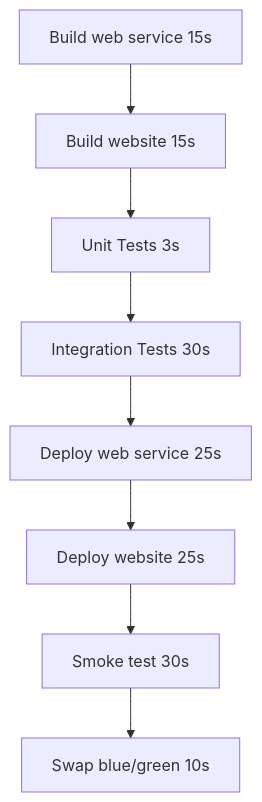
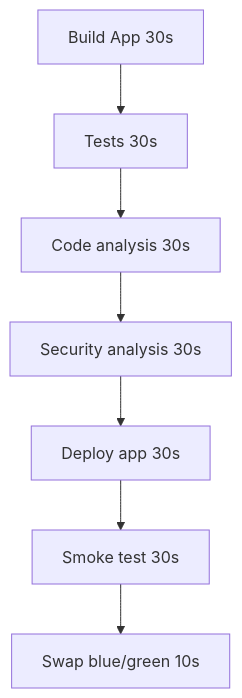
One commit to samsmithnz/ParallelPipelinesDemo changed the first of 2 diagrams in README.md. Above: the diagram before and after it, drawn with Mermaid. The commit also changed other lines of this file, not shown here.

````diff
--- a/README.md
+++ b/README.md
@@ -5,4 +5,4 @@
 ```mermaid
   graph TD;
-      buildWeb[Build web service 15s]-->buildWebService[Build website 15s]-->unitTest[Unit Tests 3s]-->integrationTest[Integration Tests 30s]-->deployWebService[Deploy web service 25s]-->deployWeb[Deploy website 25s]-->smoke[Smoke test 30s]-->swap[Swap blue/green 10s];
+      buildApp[Build App 30s]-->tests[Tests 30s]-->codeAnalysis[Code analysis 30s]-->securityAnalysis[Security analysis 30s]-->deployApp[Deploy app 30s]-->smoke[Smoke test 30s]-->swap[Swap blue/green 10s];
 ```
````
